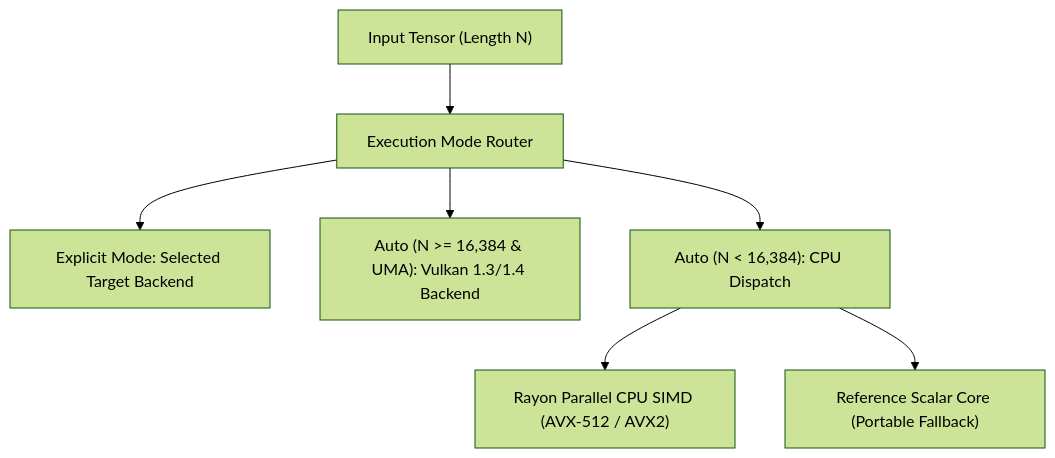
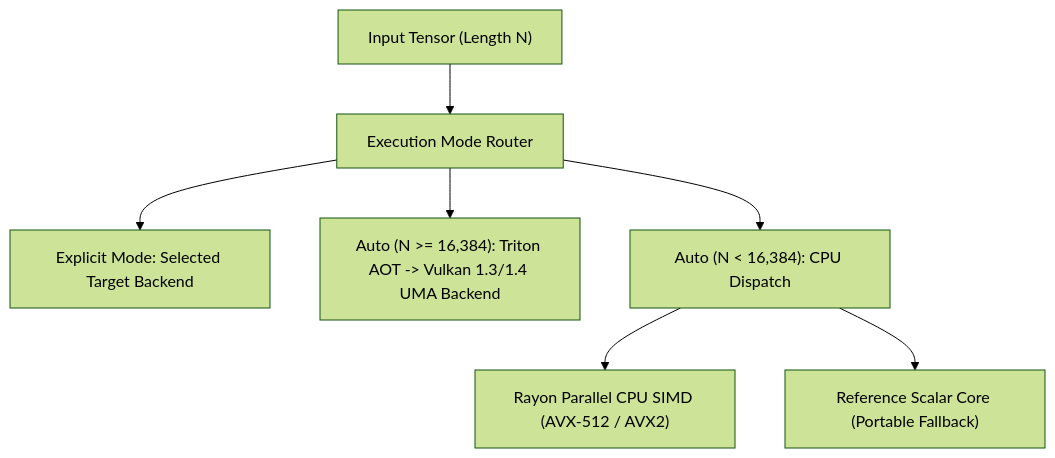
Before and after one commit to cloverx-id/luminamoon: the second of 2 diagrams in docs/optimize/dispatch/README.md, drawn with Mermaid (forest theme). The commit also changed 15 other files, not shown here.

````diff
--- a/docs/optimize/dispatch/README.md
+++ b/docs/optimize/dispatch/README.md
@@ -27,9 +27,9 @@
 ```mermaid
 flowchart TD
     Input["Input Tensor (Length N)"] --> Router["Execution Mode Router"]
     Router --> Manual["Explicit Mode: Selected Target Backend"]
-    Router --> Vulkan["Auto (N >= 16,384 & UMA): Vulkan 1.3/1.4 Backend"]
+    Router --> Vulkan["Auto (N >= 16,384): Triton AOT -> Vulkan 1.3/1.4 UMA Backend"]
     Router --> CPU["Auto (N < 16,384): CPU Dispatch"]
     CPU --> SIMD["Rayon Parallel CPU SIMD (AVX-512 / AVX2)"]
     CPU --> Scalar["Reference Scalar Core (Portable Fallback)"]
 ```
````
